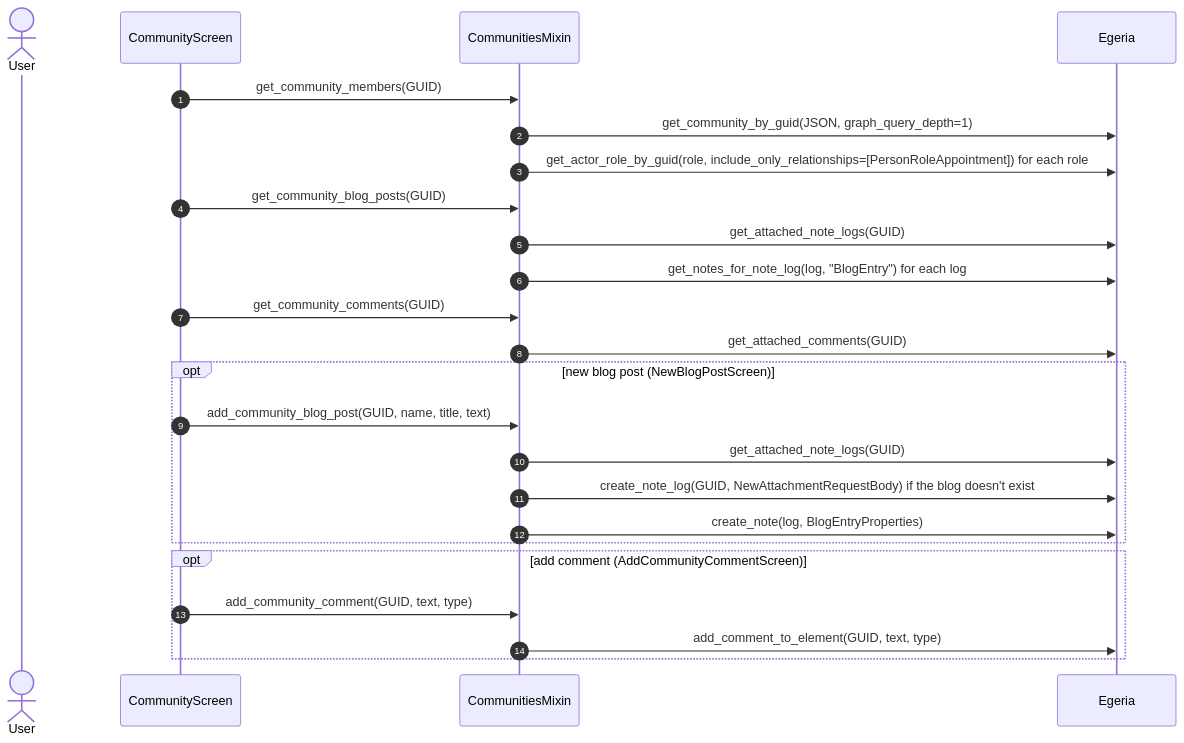
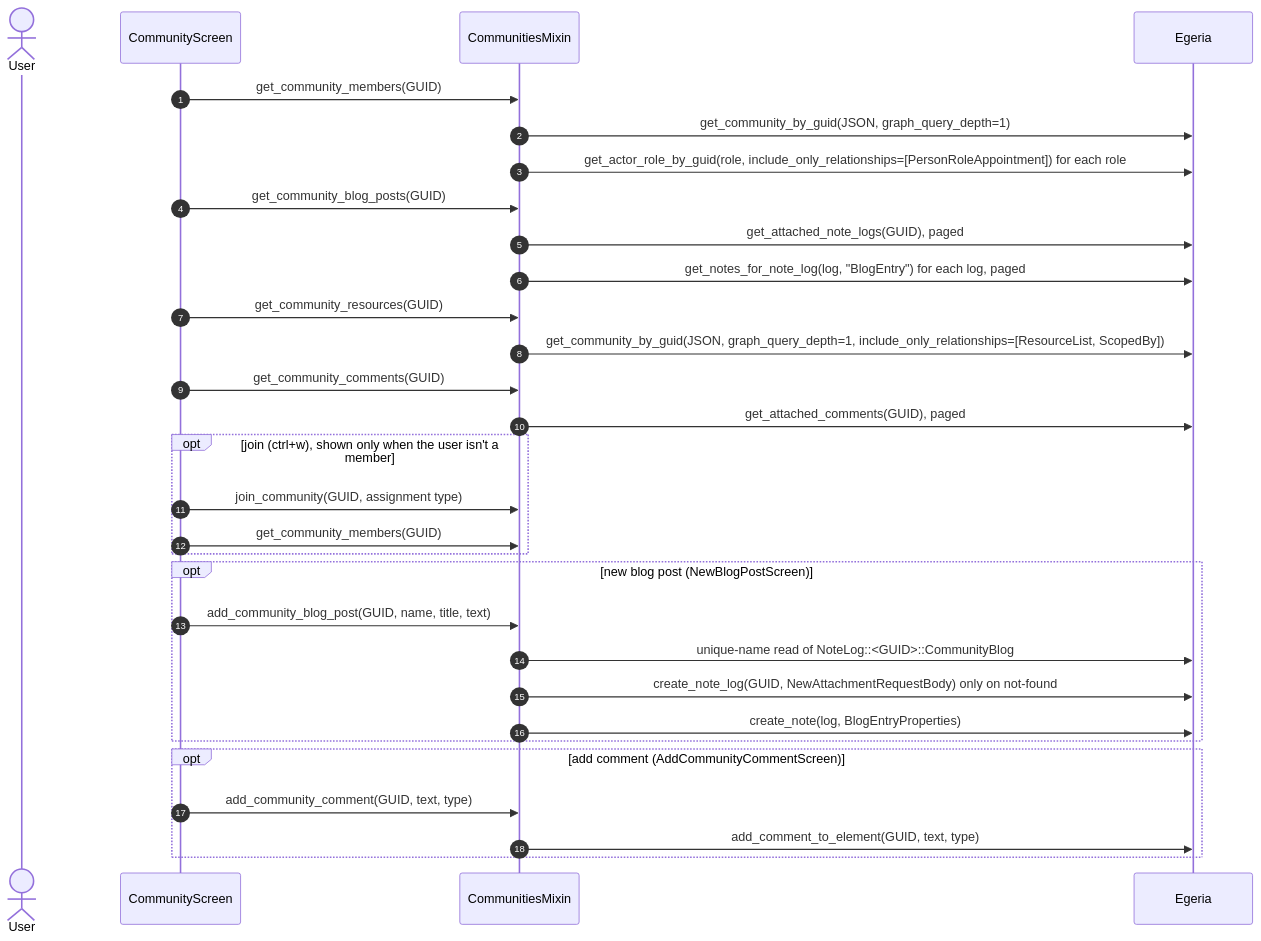
Before and after one commit to odpi/egeria-python: the tenth of 10 diagrams in docs/My-Egeria-Doc.md, drawn with Mermaid. The commit also changed other lines of this file and 31 other files, not shown here.

First line of the commit message:
My Profile: work with communities directly (resources, join, feedback on posts/resources) + video production updates (#601)

````diff
--- a/docs/My-Egeria-Doc.md
+++ b/docs/My-Egeria-Doc.md
@@ -647,27 +677,33 @@
 ```mermaid
 sequenceDiagram
     autonumber
     actor User
     participant CoS as CommunityScreen
     participant App as CommunitiesMixin
     participant EG as Egeria
 
     CoS->>App: get_community_members(GUID)
     App->>EG: get_community_by_guid(JSON, graph_query_depth=1)
     App->>EG: get_actor_role_by_guid(role, include_only_relationships=[PersonRoleAppointment]) for each role
     CoS->>App: get_community_blog_posts(GUID)
-    App->>EG: get_attached_note_logs(GUID)
-    App->>EG: get_notes_for_note_log(log, "BlogEntry") for each log
+    App->>EG: get_attached_note_logs(GUID), paged
+    App->>EG: get_notes_for_note_log(log, "BlogEntry") for each log, paged
+    CoS->>App: get_community_resources(GUID)
+    App->>EG: get_community_by_guid(JSON, graph_query_depth=1, include_only_relationships=[ResourceList, ScopedBy])
     CoS->>App: get_community_comments(GUID)
-    App->>EG: get_attached_comments(GUID)
+    App->>EG: get_attached_comments(GUID), paged
+    opt join (ctrl+w), shown only when the user isn't a member
+        CoS->>App: join_community(GUID, assignment type)
+        CoS->>App: get_community_members(GUID)
+    end
     opt new blog post (NewBlogPostScreen)
         CoS->>App: add_community_blog_post(GUID, name, title, text)
-        App->>EG: get_attached_note_logs(GUID)
-        App->>EG: create_note_log(GUID, NewAttachmentRequestBody) if the blog doesn't exist
+        App->>EG: unique-name read of NoteLog::<GUID>::CommunityBlog
+        App->>EG: create_note_log(GUID, NewAttachmentRequestBody) only on not-found
         App->>EG: create_note(log, BlogEntryProperties)
     end
     opt add comment (AddCommunityCommentScreen)
         CoS->>App: add_community_comment(GUID, text, type)
         App->>EG: add_comment_to_element(GUID, text, type)
     end
 ```
````
